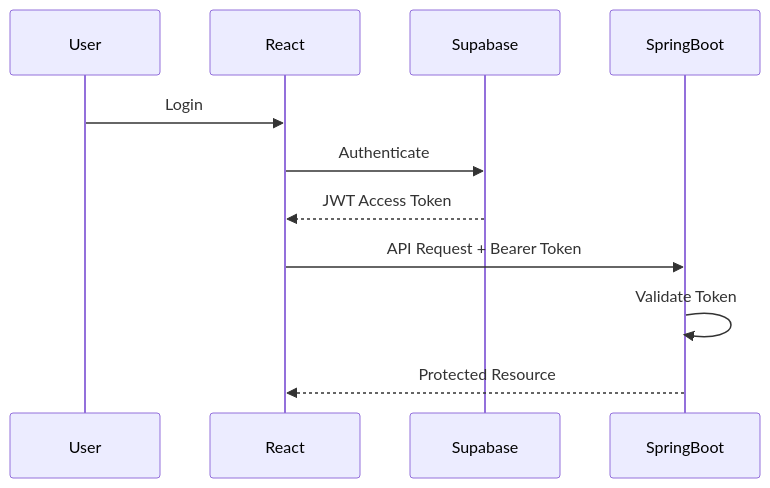
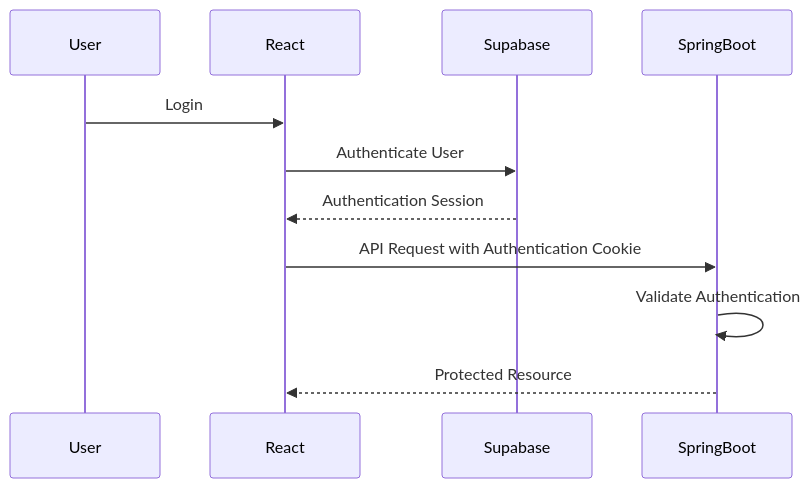
One commit to atul94063/Orra changed the fourth of 4 diagrams in README.md. Above: the diagram before and after it, drawn with Mermaid. The commit also changed other lines of this file, not shown here.

````diff
--- a/README.md
+++ b/README.md
@@ -390,19 +391,16 @@
 ```mermaid
 sequenceDiagram
 
     participant User
     participant React
     participant Supabase
     participant SpringBoot
 
     User->>React: Login
-    React->>Supabase: Authenticate
+    React->>Supabase: Authenticate User
+    Supabase-->>React: Authentication Session
 
-    Supabase-->>React: JWT Access Token
-
-    React->>SpringBoot: API Request + Bearer Token
-
-    SpringBoot->>SpringBoot: Validate Token
-
+    React->>SpringBoot: API Request with Authentication Cookie
+    SpringBoot->>SpringBoot: Validate Authentication
     SpringBoot-->>React: Protected Resource
 ```
````
